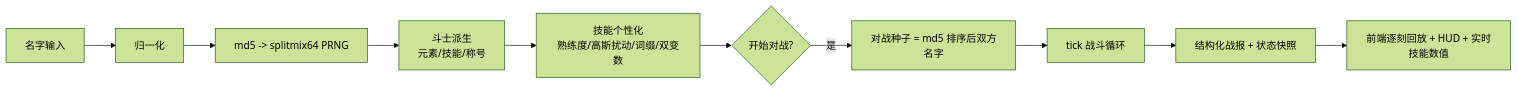
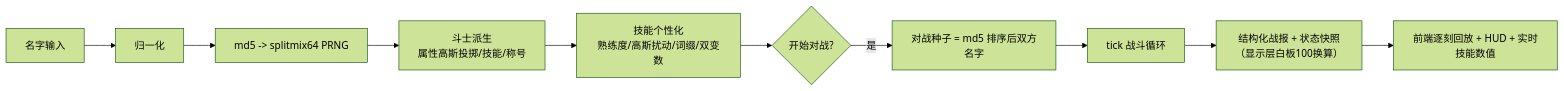
The first of 2 diagrams in docs/GAME_SPEC.md (icdyso/namefight_pro), drawn with Mermaid (forest theme) before and after one commit. The commit also changed other lines of this file and 23 other files, not shown here.

````diff
--- a/docs/GAME_SPEC.md
+++ b/docs/GAME_SPEC.md
@@ -26,12 +28,12 @@
 ```mermaid
 flowchart LR
     A[名字输入] --> B[归一化]
     B --> C[md5 -> splitmix64 PRNG]
-    C --> D[斗士派生<br/>元素/技能/称号]
+    C --> D[斗士派生<br/>属性高斯投掷/技能/称号]
     D --> E[技能个性化<br/>熟练度/高斯扰动/词缀/双变数]
     E --> F{开始对战?}
     F -->|是| G[对战种子 = md5 排序后双方名字]
     G --> H[tick 战斗循环]
-    H --> I[结构化战报 + 状态快照]
+    H --> I[结构化战报 + 状态快照<br/>（显示层白板100换算）]
     I --> J[前端逐刻回放 + HUD + 实时技能数值]
 ```
````
